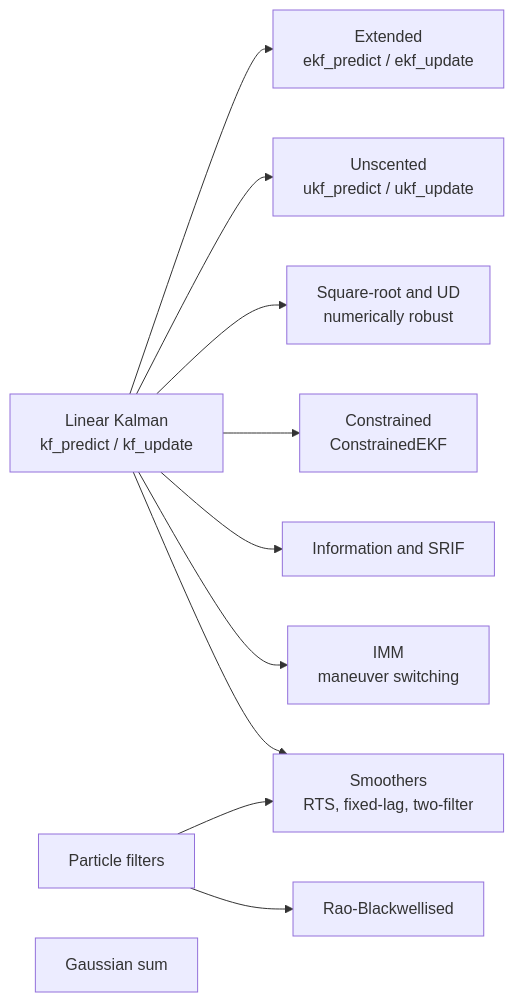
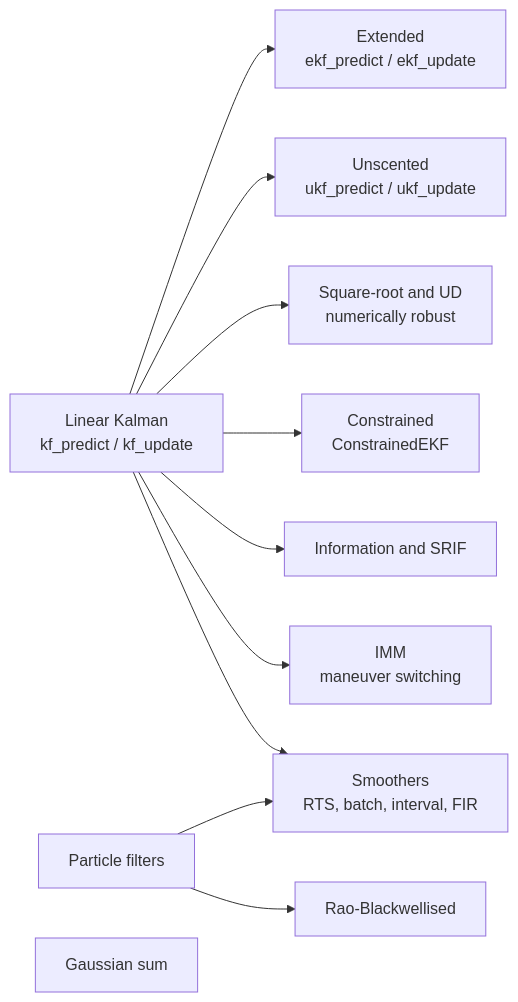
The third of 4 diagrams in docs/architecture.rst (nedonatelli/TCL), drawn with Mermaid before and after one commit. The commit also changed other lines of this file and 50 other files, not shown here.

First line of the commit message:
feat: batch and interval Kalman smoothers (v2.9.0 tier 1e)

```diff
--- a/docs/architecture.rst
+++ b/docs/architecture.rst
@@ -138,14 +138,14 @@
 .. mermaid::
 
    graph LR
        KF["Linear Kalman<br/>kf_predict / kf_update"]
        KF --> EKF["Extended<br/>ekf_predict / ekf_update"]
        KF --> UKF["Unscented<br/>ukf_predict / ukf_update"]
        KF --> SR["Square-root and UD<br/>numerically robust"]
        KF --> CE["Constrained<br/>ConstrainedEKF"]
        KF --> INF["Information and SRIF"]
        KF --> IMM["IMM<br/>maneuver switching"]
        PF["Particle filters"] --> RBPF["Rao-Blackwellised"]
        GSF["Gaussian sum"]
-       KF --> SM["Smoothers<br/>RTS, fixed-lag, two-filter"]
+       KF --> SM["Smoothers<br/>RTS, batch, interval, FIR"]
        PF --> SM
```
